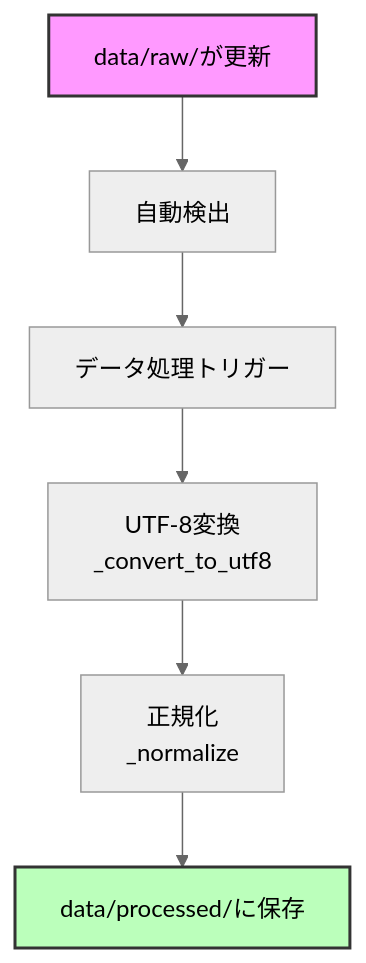
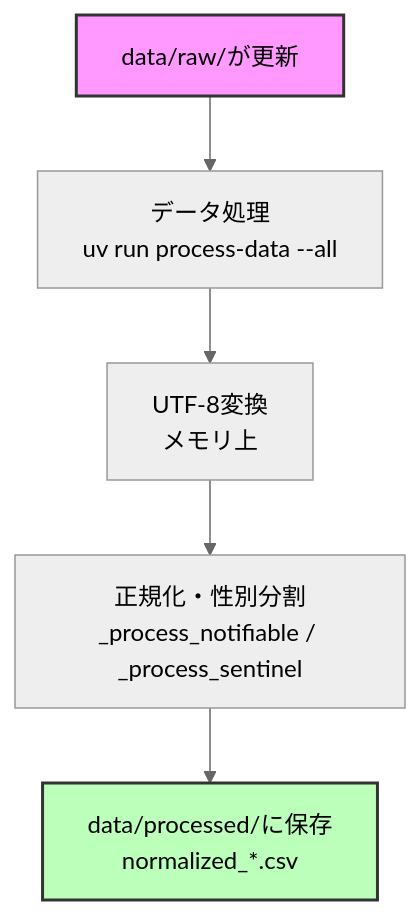
One commit to kambarakun/fetch-tokyo-idsc-github-actions changed the fourth of 4 diagrams in docs/data_structure_design.md. Above: the diagram before and after it, drawn with Mermaid (neutral theme). The commit also changed other lines of this file and 10 other files, not shown here.

````diff
--- a/docs/data_structure_design.md
+++ b/docs/data_structure_design.md
@@ -250,11 +268,10 @@
 ```mermaid
 flowchart TD
-    Update[data/raw/が更新] --> Auto[自動検出]
-    Auto --> Reprocess[データ処理トリガー]
-    Reprocess --> Convert[UTF-8変換<br/>_convert_to_utf8]
-    Convert --> Norm[正規化<br/>_normalize]
-    Norm --> Save[data/processed/に保存]
+    Update[data/raw/が更新] --> Reprocess[データ処理<br/>uv run process-data --all]
+    Reprocess --> Convert[UTF-8変換<br/>メモリ上]
+    Convert --> Norm[正規化・性別分割<br/>_process_notifiable / _process_sentinel]
+    Norm --> Save[data/processed/に保存<br/>normalized_*.csv]
 
     style Update fill:#f9f,stroke:#333,stroke-width:2px
     style Save fill:#bfb,stroke:#333,stroke-width:2px
 ```
````
